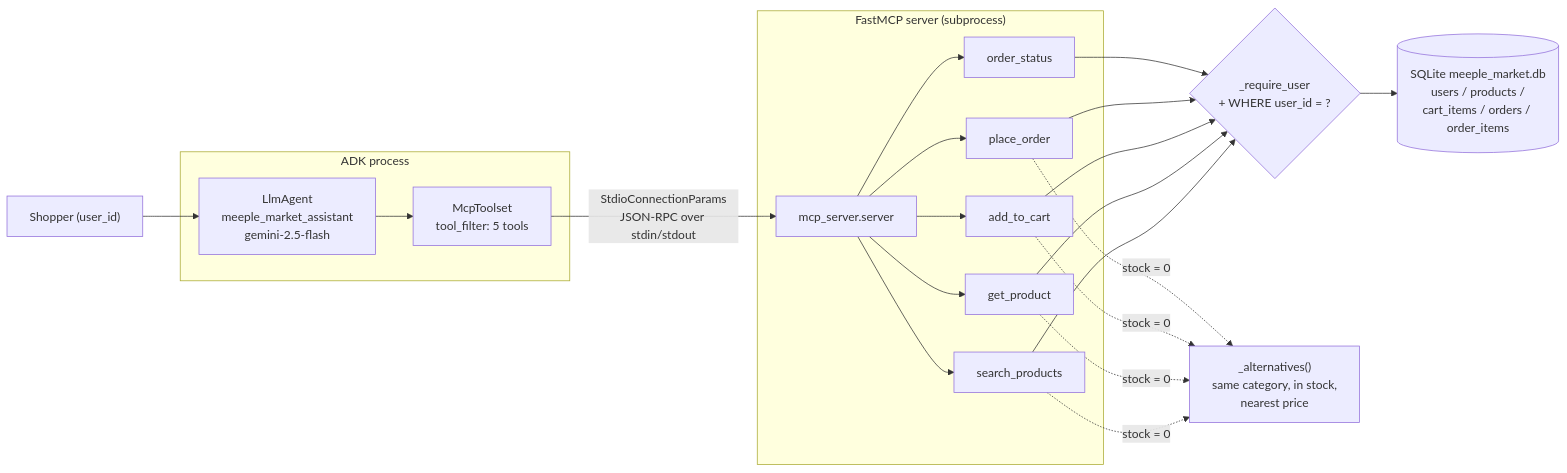
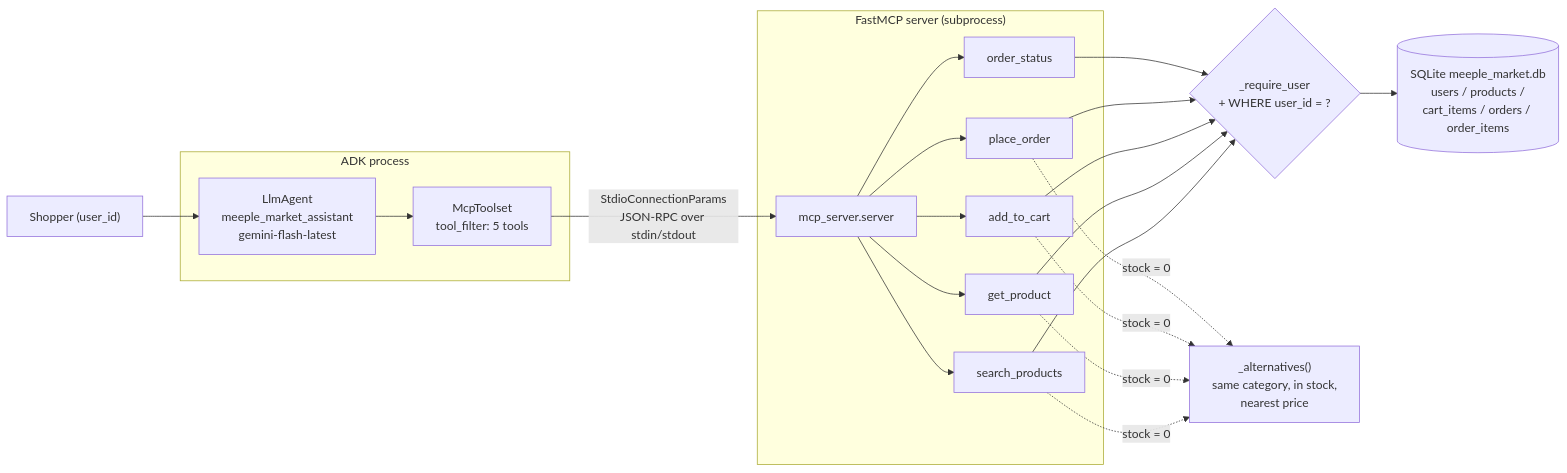
Before and after one commit to Prachii26/CMPE297: the diagram in assignment3/e_ecommerce_agent/README.md, drawn with Mermaid. The commit also changed other lines of this file and 5 other files, not shown here.

````diff
--- a/assignment3/e_ecommerce_agent/README.md
+++ b/assignment3/e_ecommerce_agent/README.md
@@ -15,26 +15,26 @@
 ```mermaid
 flowchart LR
     U["Shopper (user_id)"] --> A
 
     subgraph ADK["ADK process"]
-        A["LlmAgent<br/>meeple_market_assistant<br/>gemini-2.5-flash"]
+        A["LlmAgent<br/>meeple_market_assistant<br/>gemini-flash-latest"]
         T["McpToolset<br/>tool_filter: 5 tools"]
         A --> T
     end
 
     T -->|"StdioConnectionParams<br/>JSON-RPC over stdin/stdout"| S
 
     subgraph MCP["FastMCP server (subprocess)"]
         S["mcp_server.server"]
         S --> P1["search_products"]
         S --> P2["get_product"]
         S --> P3["add_to_cart"]
         S --> P4["place_order"]
         S --> P5["order_status"]
     end
 
     P1 & P2 & P3 & P4 & P5 --> G{"_require_user<br/>+ WHERE user_id = ?"}
     G --> DB[("SQLite meeple_market.db<br/>users / products /<br/>cart_items / orders / order_items")]
 
     P1 & P2 & P3 & P4 -.->|"stock = 0"| ALT["_alternatives()<br/>same category, in stock,<br/>nearest price"]
 ```
````
